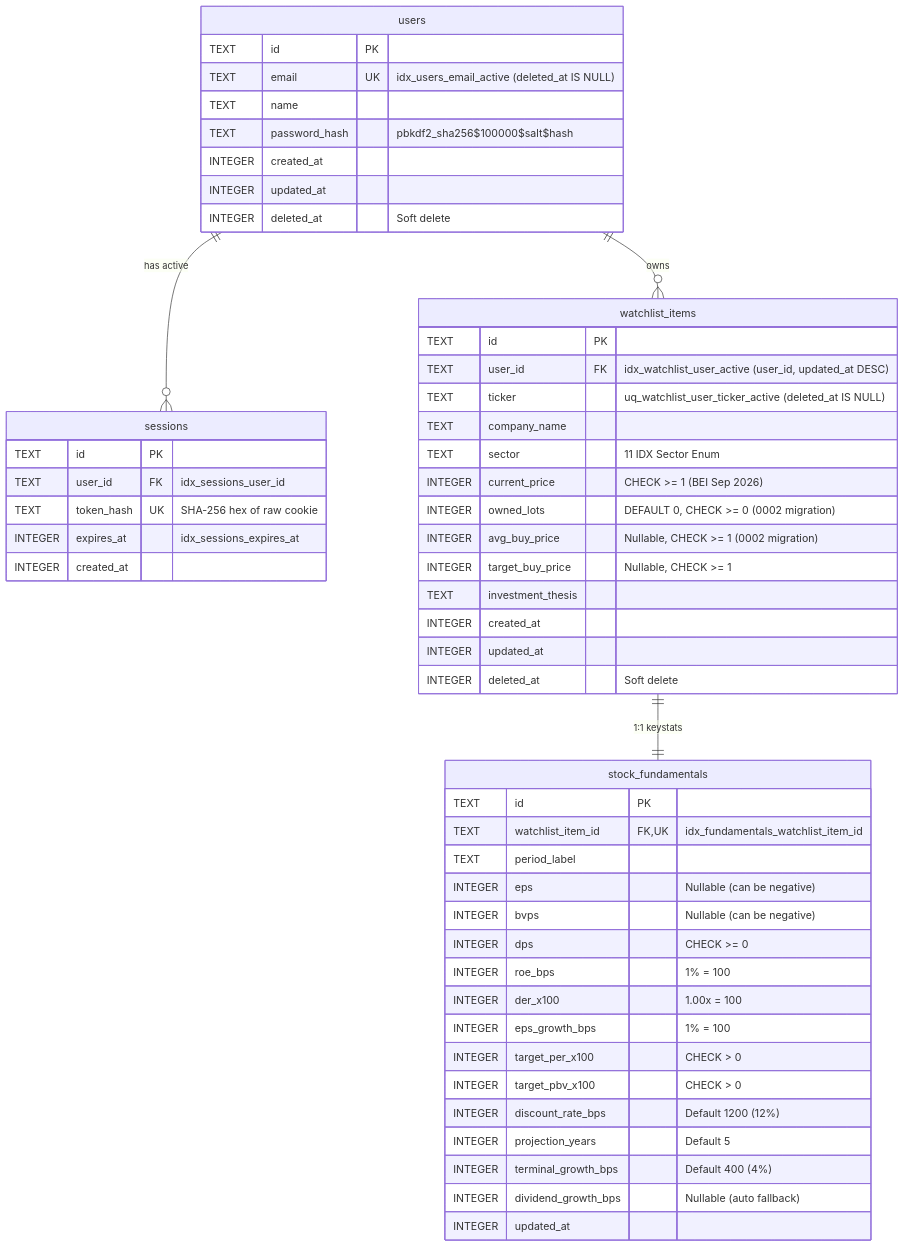
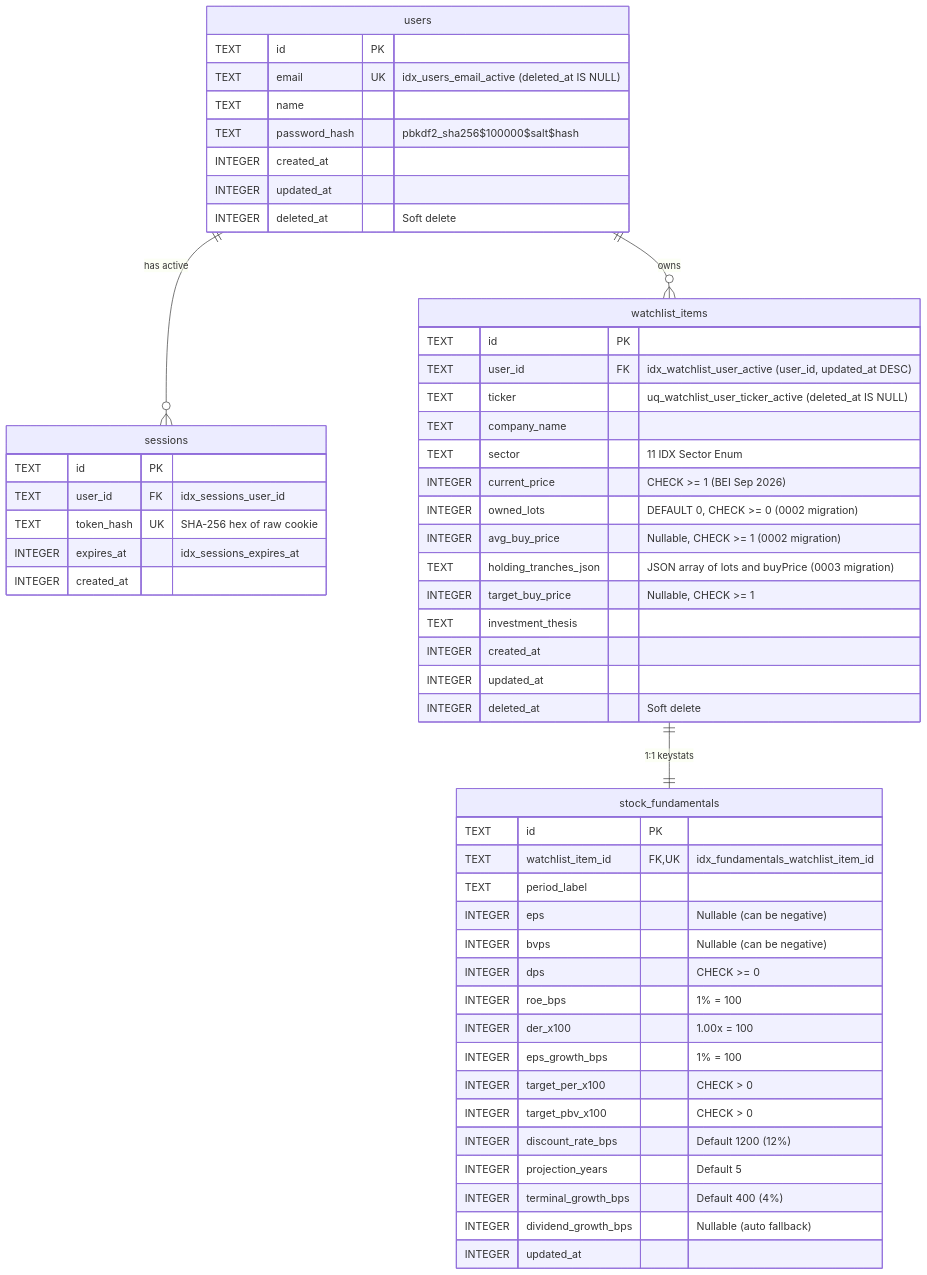
The third of 5 diagrams in README.md (charlybutar21/stock-mate-v2), drawn with Mermaid before and after one commit. The commit also changed other lines of this file, not shown here.

Commit message:
docs(readme): fix Mermaid sequenceDiagram render error & sync latest architecture/features

````diff
--- a/README.md
+++ b/README.md
@@ -157,59 +158,60 @@
 ```mermaid
 erDiagram
     users ||--o{ sessions : "has active"
     users ||--o{ watchlist_items : "owns"
     watchlist_items ||--|| stock_fundamentals : "1:1 keystats"
 
     users {
         TEXT id PK
         TEXT email UK "idx_users_email_active (deleted_at IS NULL)"
         TEXT name
         TEXT password_hash "pbkdf2_sha256$100000$salt$hash"
         INTEGER created_at
         INTEGER updated_at
         INTEGER deleted_at "Soft delete"
     }
 
     sessions {
         TEXT id PK
         TEXT user_id FK "idx_sessions_user_id"
         TEXT token_hash UK "SHA-256 hex of raw cookie"
         INTEGER expires_at "idx_sessions_expires_at"
         INTEGER created_at
     }
 
     watchlist_items {
         TEXT id PK
         TEXT user_id FK "idx_watchlist_user_active (user_id, updated_at DESC)"
         TEXT ticker "uq_watchlist_user_ticker_active (deleted_at IS NULL)"
         TEXT company_name
         TEXT sector "11 IDX Sector Enum"
         INTEGER current_price "CHECK >= 1 (BEI Sep 2026)"
         INTEGER owned_lots "DEFAULT 0, CHECK >= 0 (0002 migration)"
         INTEGER avg_buy_price "Nullable, CHECK >= 1 (0002 migration)"
+        TEXT holding_tranches_json "JSON array of lots and buyPrice (0003 migration)"
         INTEGER target_buy_price "Nullable, CHECK >= 1"
         TEXT investment_thesis
         INTEGER created_at
         INTEGER updated_at
         INTEGER deleted_at "Soft delete"
     }
 
     stock_fundamentals {
         TEXT id PK
         TEXT watchlist_item_id FK,UK "idx_fundamentals_watchlist_item_id"
         TEXT period_label
         INTEGER eps "Nullable (can be negative)"
         INTEGER bvps "Nullable (can be negative)"
         INTEGER dps "CHECK >= 0"
         INTEGER roe_bps "1% = 100"
         INTEGER der_x100 "1.00x = 100"
         INTEGER eps_growth_bps "1% = 100"
         INTEGER target_per_x100 "CHECK > 0"
         INTEGER target_pbv_x100 "CHECK > 0"
         INTEGER discount_rate_bps "Default 1200 (12%)"
         INTEGER projection_years "Default 5"
         INTEGER terminal_growth_bps "Default 400 (4%)"
         INTEGER dividend_growth_bps "Nullable (auto fallback)"
         INTEGER updated_at
     }
 ```
````
